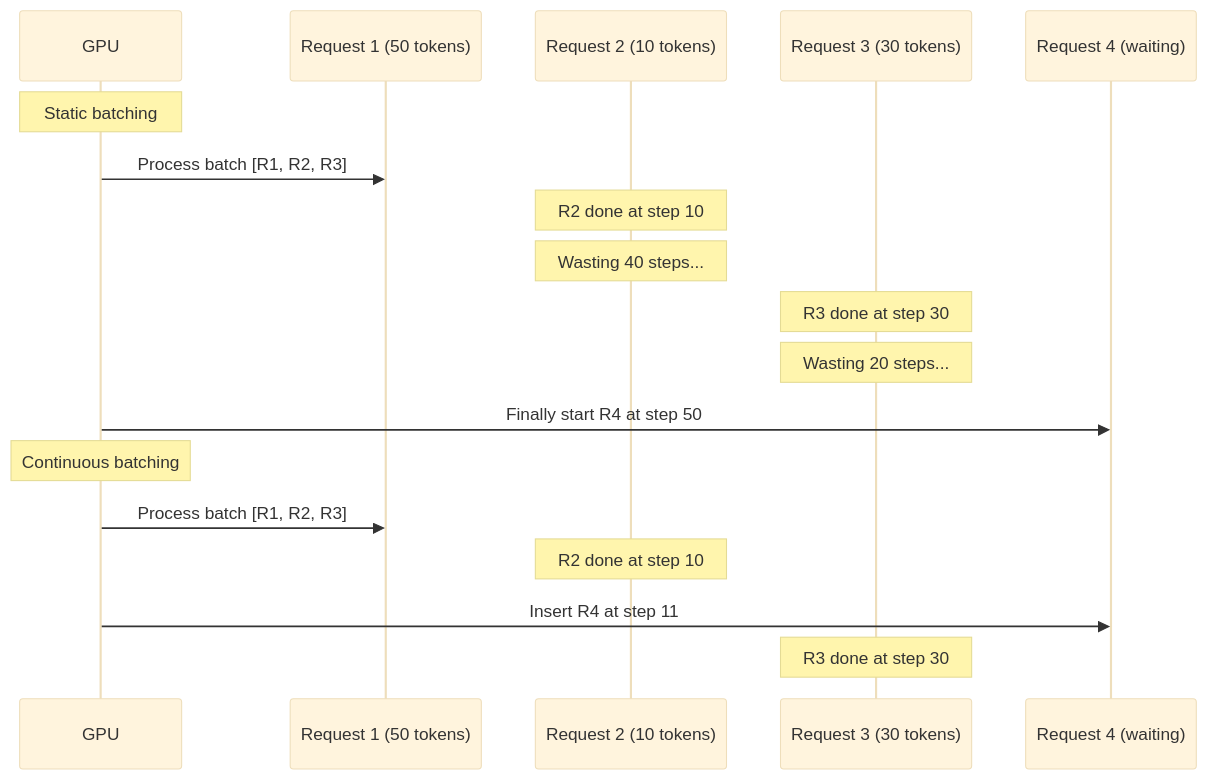
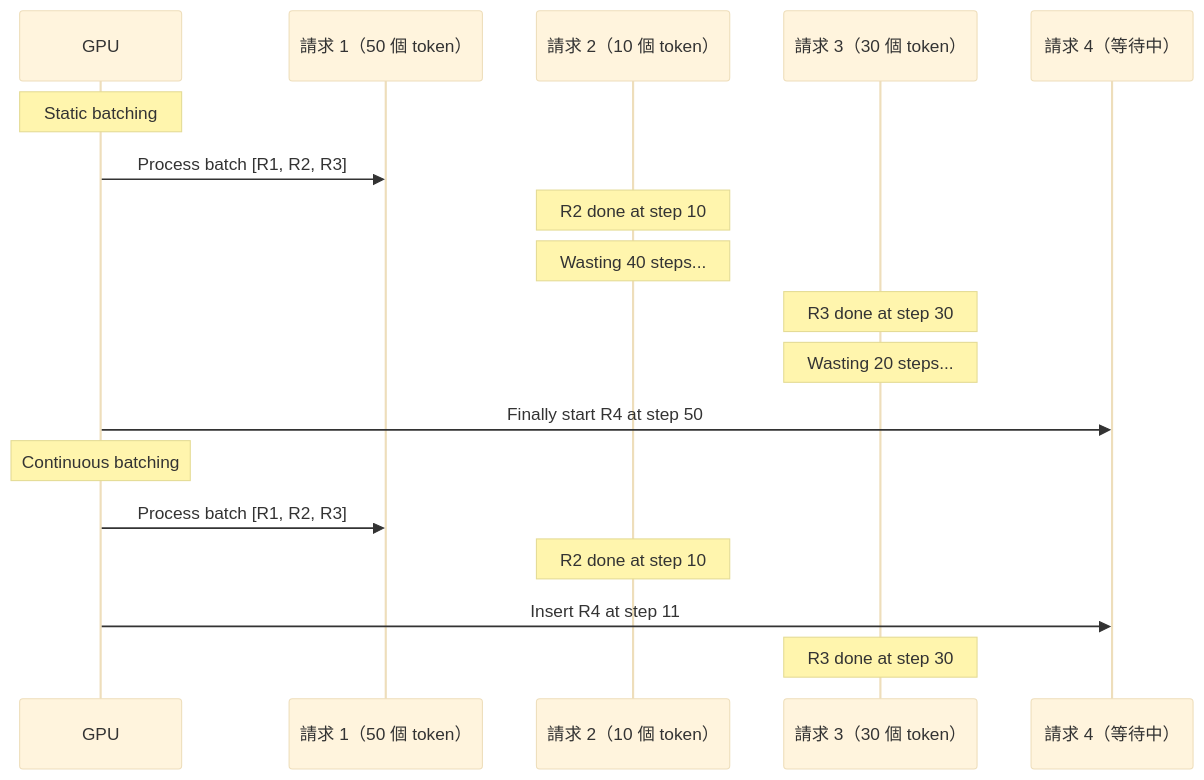
Before and after one commit to edward821220/ai-engineering-from-scratch: the third of 5 diagrams in i18n/zh-TW/phases/10-llms-from-scratch/12-inference-optimization/docs/zh-TW.md, drawn with Mermaid (base theme). The commit also changed other lines of this file and 123 other files, not shown here.

````diff
--- a/i18n/zh-TW/phases/10-llms-from-scratch/12-inference-optimization/docs/zh-TW.md
+++ b/i18n/zh-TW/phases/10-llms-from-scratch/12-inference-optimization/docs/zh-TW.md
@@ -105,22 +105,22 @@
 ```mermaid
 sequenceDiagram
     participant GPU
-    participant R1 as Request 1 (50 tokens)
-    participant R2 as Request 2 (10 tokens)
-    participant R3 as Request 3 (30 tokens)
-    participant R4 as Request 4 (waiting)
+    participant R1 as 請求 1（50 個 token）
+    participant R2 as 請求 2（10 個 token）
+    participant R3 as 請求 3（30 個 token）
+    participant R4 as 請求 4（等待中）
 
     Note over GPU: Static batching
     GPU->>R1: Process batch [R1, R2, R3]
     Note over R2: R2 done at step 10
     Note over R2: Wasting 40 steps...
     Note over R3: R3 done at step 30
     Note over R3: Wasting 20 steps...
     GPU->>R4: Finally start R4 at step 50
 
     Note over GPU: Continuous batching
     GPU->>R1: Process batch [R1, R2, R3]
     Note over R2: R2 done at step 10
     GPU->>R4: Insert R4 at step 11
     Note over R3: R3 done at step 30
 ```
````
